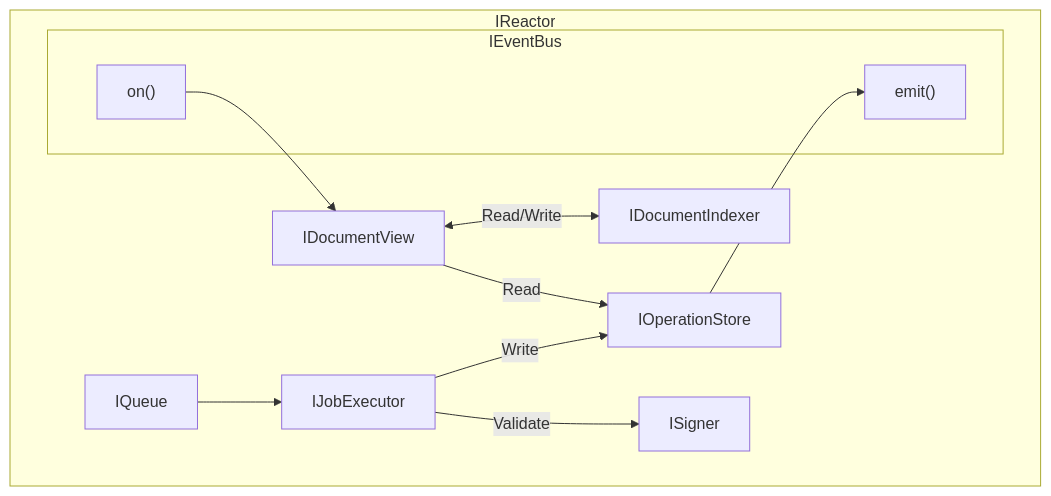
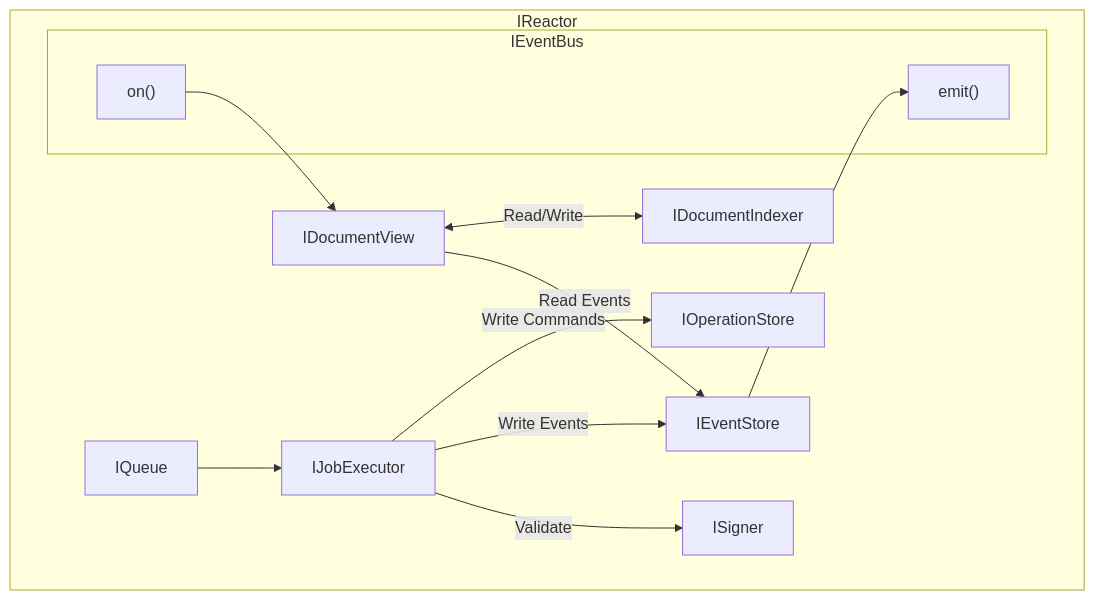
One commit to powerhouse-inc/powerhouse changed the diagram in packages/reactor/docs/planning/Reactor/diagram.md. Above: the diagram before and after it, drawn with Mermaid. The commit also changed 7 other files, not shown here.

````diff
--- a/packages/reactor/docs/planning/Reactor/diagram.md
+++ b/packages/reactor/docs/planning/Reactor/diagram.md
@@ -3,19 +3,21 @@
 ```mermaid
 graph TD
 
     subgraph "IReactor"
-        AQueue["IQueue"] --> AJobs["IJobExecutor"] -->|"Write"| AOS["IOperationStore"]
+        AQueue["IQueue"] --> AJobs["IJobExecutor"]
+        AJobs -->|"Write Commands"| AOS["IOperationStore"]
+        AJobs -->|"Write Events"| AES["IEventStore"]
         AJobs -->|"Validate"| ISigner
-        AOS --> APub
+        AES --> APub
 
         subgraph AEvents["IEventBus"]
             APub["emit()"]
             ASub["on()"]
         end
 
     
         ASub --> ARM["IDocumentView"] <-->|"Read/Write"| IDocumentIndexer
-        ARM -->|"Read"| AOS
+        ARM -->|"Read Events"| AES
     end
 
 ```
````
